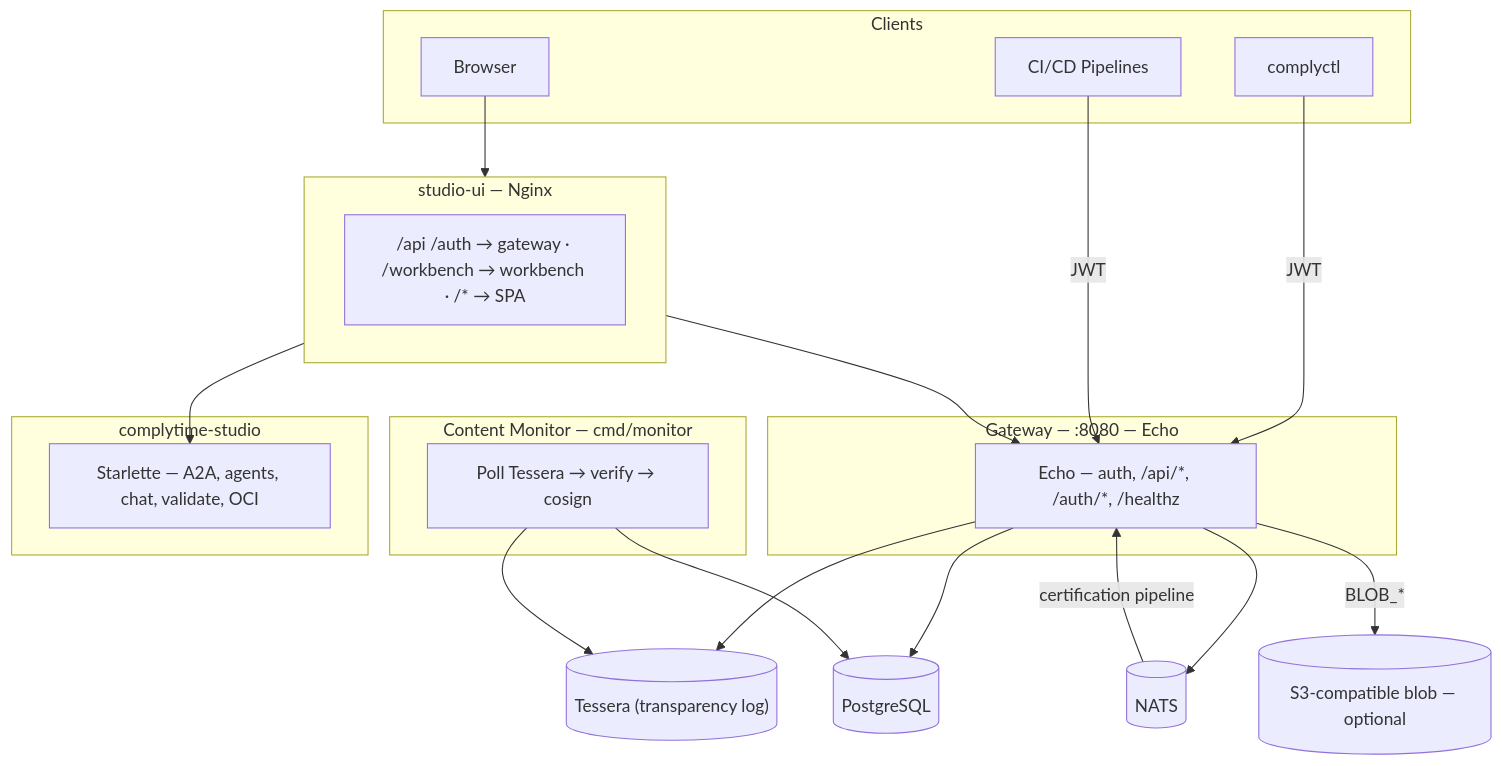
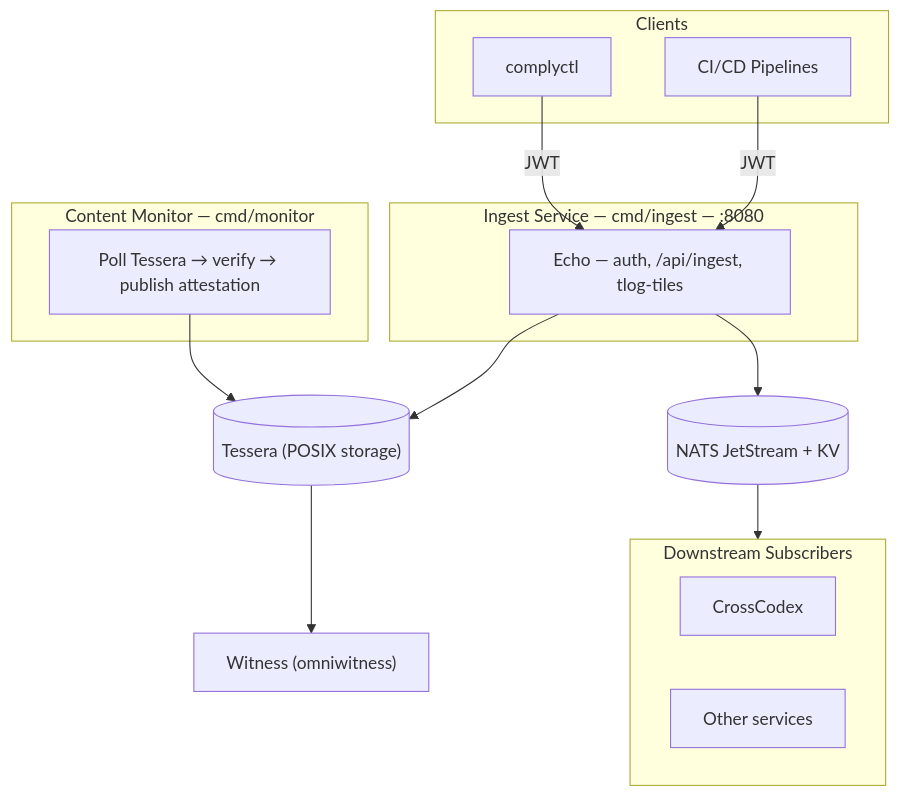
Before and after one commit to complytime-labs/complytime-core: the first of 2 diagrams in docs/architecture.md, drawn with Mermaid. The commit also changed other lines of this file and 146 other files, not shown here.

First line of the commit message:
feat: remove PostgreSQL — ComplyTime Ingest (#128) (#149)

````diff
--- a/docs/architecture.md
+++ b/docs/architecture.md
@@ -27,42 +22,32 @@
 ```mermaid
 flowchart TB
   subgraph Clients
-    Browser["Browser"]
     complyctl["complyctl"]
     CI["CI/CD Pipelines"]
   end
 
-  subgraph Nginx["studio-ui — Nginx"]
-    Routes["/api /auth → gateway · /workbench → workbench · /* → SPA"]
+  subgraph Ingest["Ingest Service — cmd/ingest — :8080"]
+    Echo["Echo — auth, /api/ingest, tlog-tiles"]
   end
 
-  subgraph Gateway["Gateway — :8080 — Echo"]
-    Echo["Echo — auth, /api/*, /auth/*, /healthz"]
+  Tessera[("Tessera (POSIX storage)")]
+  NATS[("NATS JetStream + KV")]
+  Witness["Witness (omniwitness)"]
+
+  subgraph Monitor["Content Monitor — cmd/monitor"]
+    WS["Poll Tessera → verify → publish attestation"]
   end
 
-  Tessera[("Tessera (transparency log)")]
-  PG[("PostgreSQL")]
-  NATS[("NATS")]
-  Blob[("S3-compatible blob — optional")]
-
-  subgraph Monitor["Content Monitor — cmd/monitor"]
-    WS["Poll Tessera → verify → cosign"]
+  subgraph Downstream["Downstream Subscribers"]
+    CrossCodex["CrossCodex"]
+    Other["Other services"]
   end
 
-  subgraph Workbench["complytime-studio"]
-    WB["Starlette — A2A, agents, chat, validate, OCI"]
-  end
-
-  Browser --> Nginx
   complyctl -->|"JWT"| Echo
   CI -->|"JWT"| Echo
-  Nginx --> Echo
-  Nginx --> WB
   Echo --> Tessera
-  Echo --> PG
   Echo --> NATS
-  Echo -->|"BLOB_*"| Blob
-  NATS -->|"certification pipeline"| Echo
+  Tessera --> Witness
   WS --> Tessera
-  WS --> PG
+  NATS --> Downstream
 ```
````
